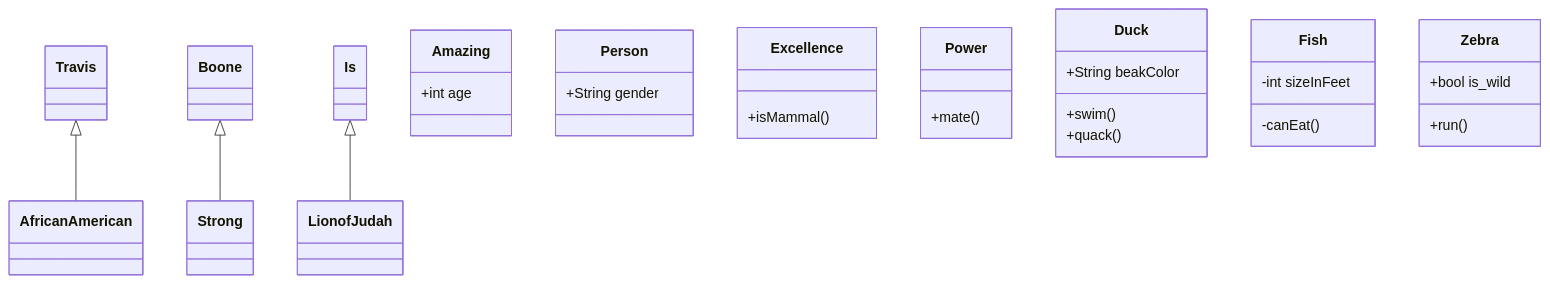
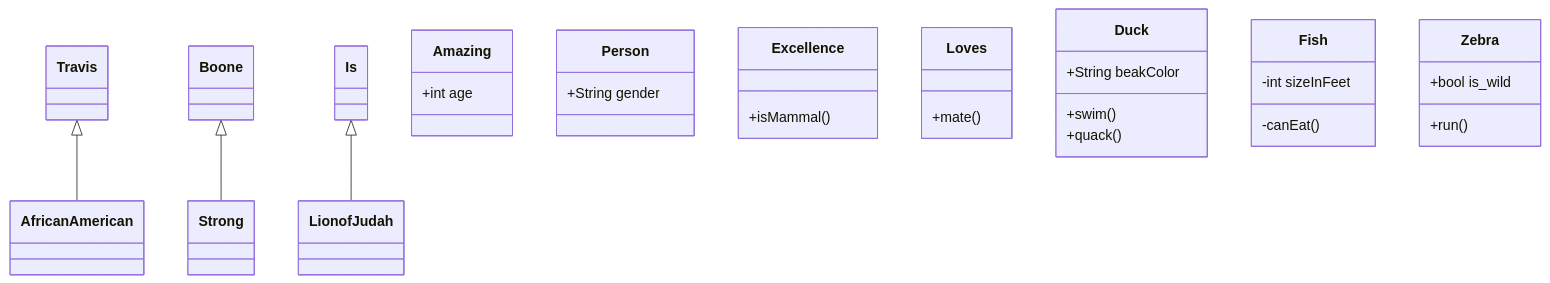
One commit to TravisBoone6277/Mermaid changed the diagram in README.md. Above: the diagram before and after it, drawn with Mermaid.

Commit message:
Mermaid README.md

````diff
--- a/README.md
+++ b/README.md
@@ -1,23 +1,23 @@
 ``` mermaid
 classDiagram
     Travis <|-- African American
    Boone <|-- Strong
     Is <|-- Lion of Judah
    Amazing : +int age
     Person : +String gender
     Excellence: +isMammal()
-    Power: +mate()
+    Loves: +mate()
     class Duck{
       +String beakColor
       +swim()
       +quack()
     }
     class Fish{
       -int sizeInFeet
       -canEat()
     }
     class Zebra{
       +bool is_wild
       +run()
     }
 ```
````
